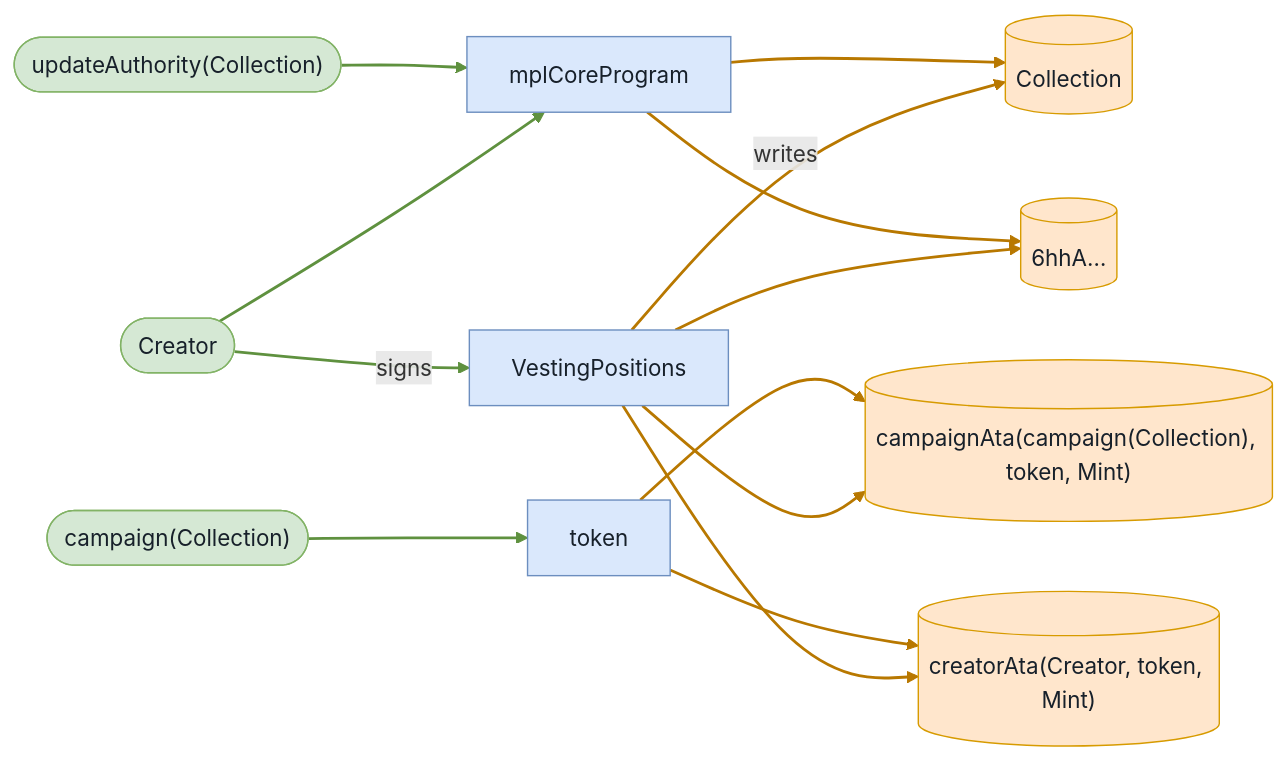
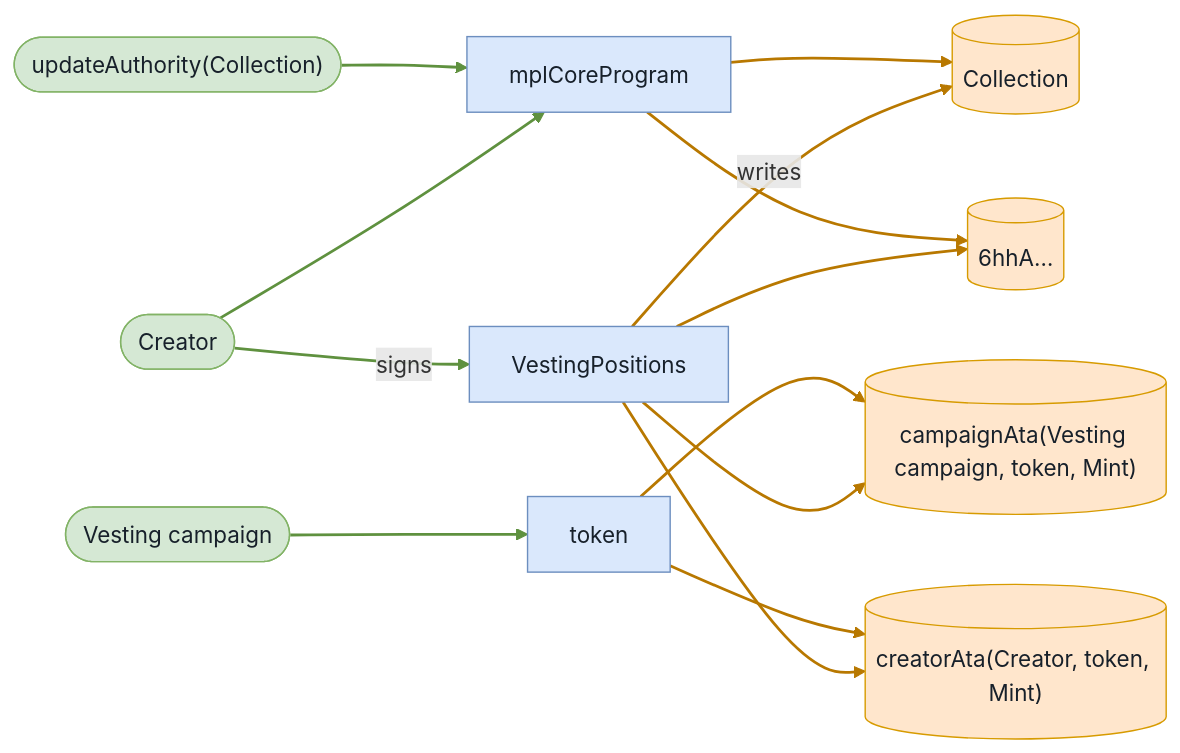
One commit to cds-turbin3/vesting-position changed the eighth of 12 diagrams in babelfish-tests/test-report/exclude_asset_burns_position.md. Above: the diagram before and after it, drawn with Mermaid. The commit also changed other lines of this file and 104 other files, not shown here.

````diff
--- a/babelfish-tests/test-report/exclude_asset_burns_position.md
+++ b/babelfish-tests/test-report/exclude_asset_burns_position.md
@@ -400,30 +400,30 @@
 ```mermaid
 flowchart LR
     VestingPositions["VestingPositions"]:::program
     Creator(["Creator"]):::signer
     Collection[("Collection")]:::state
     n6hhA[("6hhA…")]:::state
-    campaignAtacampaignCollectiontokenMint[("campaignAta(campaign(Collection), token, Mint)")]:::state
+    campaignAtaVestingcampaigntokenMint[("campaignAta(Vesting campaign, token, Mint)")]:::state
     creatorAtaCreatortokenMint[("creatorAta(Creator, token, Mint)")]:::state
     mplCoreProgram["mplCoreProgram"]:::program
     updateAuthorityCollection(["updateAuthority(Collection)"]):::signer
     token["token"]:::program
-    campaignCollection(["campaign(Collection)"]):::signer
+    Vestingcampaign(["Vesting campaign"]):::signer
     Creator -->|signs| VestingPositions
     VestingPositions -->|writes| Collection
     VestingPositions --> n6hhA
-    VestingPositions --> campaignAtacampaignCollectiontokenMint
+    VestingPositions --> campaignAtaVestingcampaigntokenMint
     VestingPositions --> creatorAtaCreatortokenMint
     mplCoreProgram --> n6hhA
     mplCoreProgram --> Collection
     Creator --> mplCoreProgram
     updateAuthorityCollection --> mplCoreProgram
-    token --> campaignAtacampaignCollectiontokenMint
+    token --> campaignAtaVestingcampaigntokenMint
     token --> creatorAtaCreatortokenMint
-    campaignCollection --> token
+    Vestingcampaign --> token
     classDef program fill:#dae8fc,stroke:#6c8ebf,color:#17202a;
     classDef signer fill:#d5e8d4,stroke:#82b366,color:#17202a;
     classDef state fill:#ffe6cc,stroke:#d79b00,color:#17202a;
     linkStyle 0,7,8,11 stroke:#5f913f,stroke-width:2px
     linkStyle 1,2,3,4,5,6,9,10 stroke:#b87800,stroke-width:2px
 ```
````
